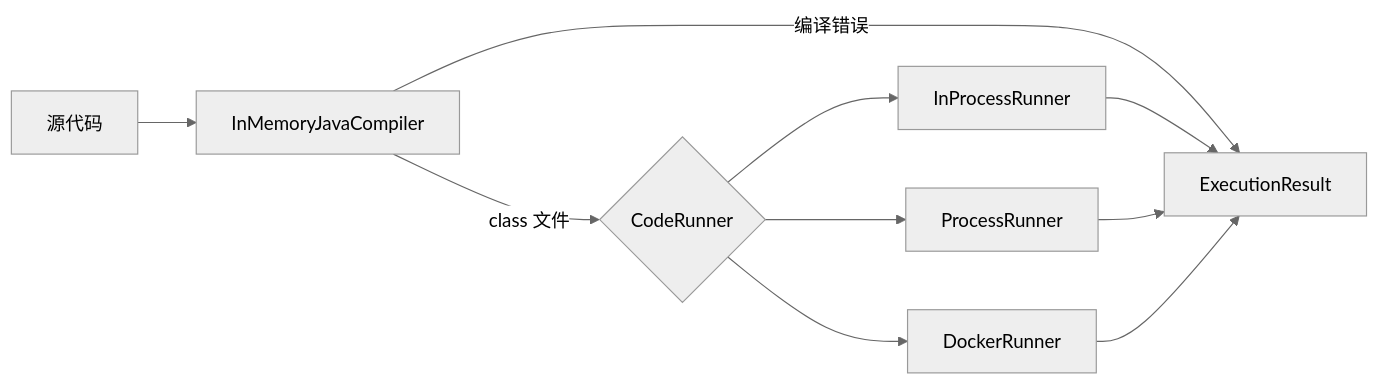
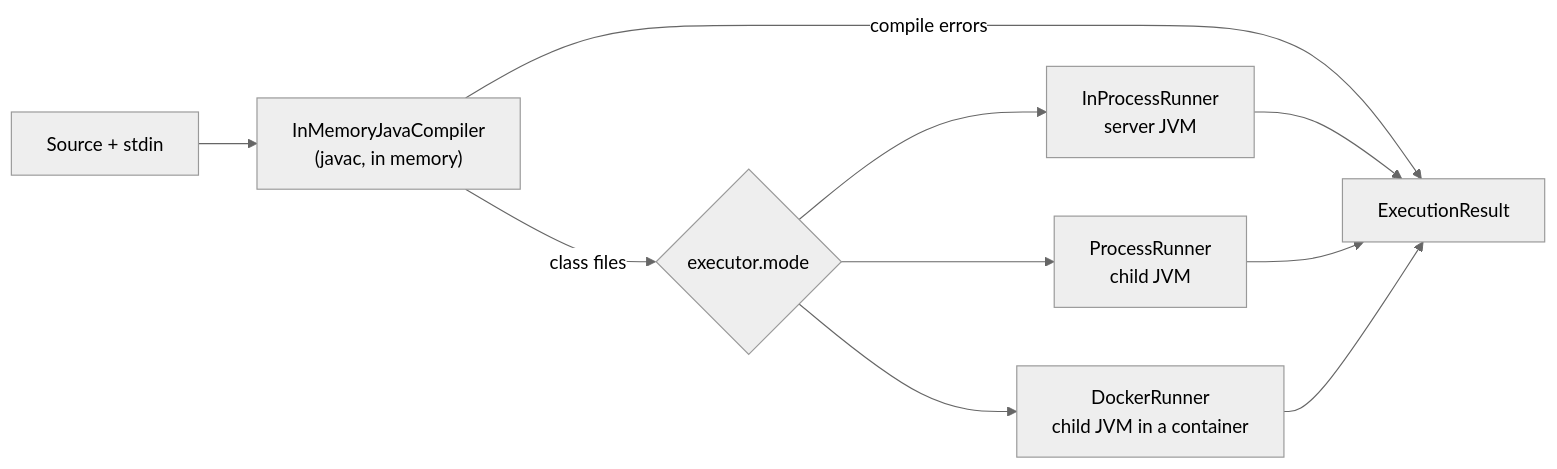
One commit to shaojunying/OnlineExecutor changed the diagram in README.md. Above: the diagram before and after it, drawn with Mermaid (neutral theme). The commit also changed other lines of this file and 5 other files, not shown here.

````diff
--- a/README.md
+++ b/README.md
@@ -64,12 +94,12 @@
 ```mermaid
 flowchart LR
-    A[源代码] --> B[InMemoryJavaCompiler]
-    B -->|编译错误| R[ExecutionResult]
-    B -->|class 文件| C{CodeRunner}
-    C --> D[InProcessRunner]
-    C --> E[ProcessRunner]
-    C --> F[DockerRunner]
+    S["Source + stdin"] --> C["InMemoryJavaCompiler<br/>(javac, in memory)"]
+    C -- "compile errors" --> R["ExecutionResult"]
+    C -- "class files" --> M{"executor.mode"}
+    M --> I["InProcessRunner<br/>server JVM"]
+    M --> P["ProcessRunner<br/>child JVM"]
+    M --> D["DockerRunner<br/>child JVM in a container"]
+    I --> R
+    P --> R
     D --> R
-    E --> R
-    F --> R
 ```
````
